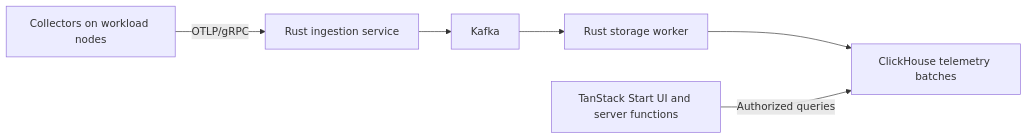
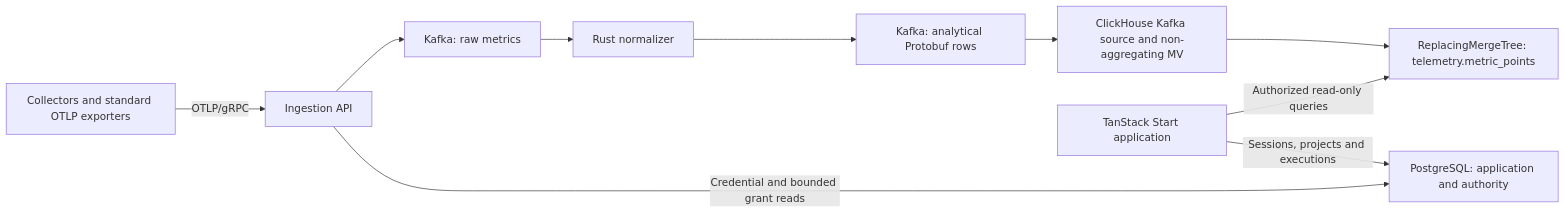
One commit to theodore-lheureux/pfe-telemetry changed the diagram in docs/architecture.md. Above: the diagram before and after it, drawn with Mermaid. The commit also changed other lines of this file and 305 other files, not shown here.

Commit message:
feat(platform): adopt authoritative Recount telemetry and application boundaries

````diff
--- a/docs/architecture.md
+++ b/docs/architecture.md
@@ -25,8 +23,12 @@
 ```mermaid
 flowchart LR
-    collectors["Collectors on workload nodes"] -->|OTLP/gRPC| ingest["Rust ingestion service"]
-    ingest --> broker["Kafka"]
-    broker --> worker["Rust storage worker"]
-    worker --> storage["ClickHouse telemetry batches"]
-    web["TanStack Start UI and server functions"] -->|Authorized queries| storage
+    collectors["Collectors and standard OTLP exporters"] -->|OTLP/gRPC| ingest["Ingestion API"]
+    ingest --> raw["Kafka: raw metrics"]
+    raw --> normalizer["Rust normalizer"]
+    normalizer --> normalized["Kafka: analytical Protobuf rows"]
+    normalized --> native["ClickHouse Kafka source and non-aggregating MV"]
+    native --> points["ReplacingMergeTree: telemetry.metric_points"]
+    web["TanStack Start application"] -->|Authorized read-only queries| points
+    ingest -->|Credential and bounded grant reads| postgres["PostgreSQL: application and authority"]
+    web -->|Sessions, projects and executions| postgres
 ```
````
